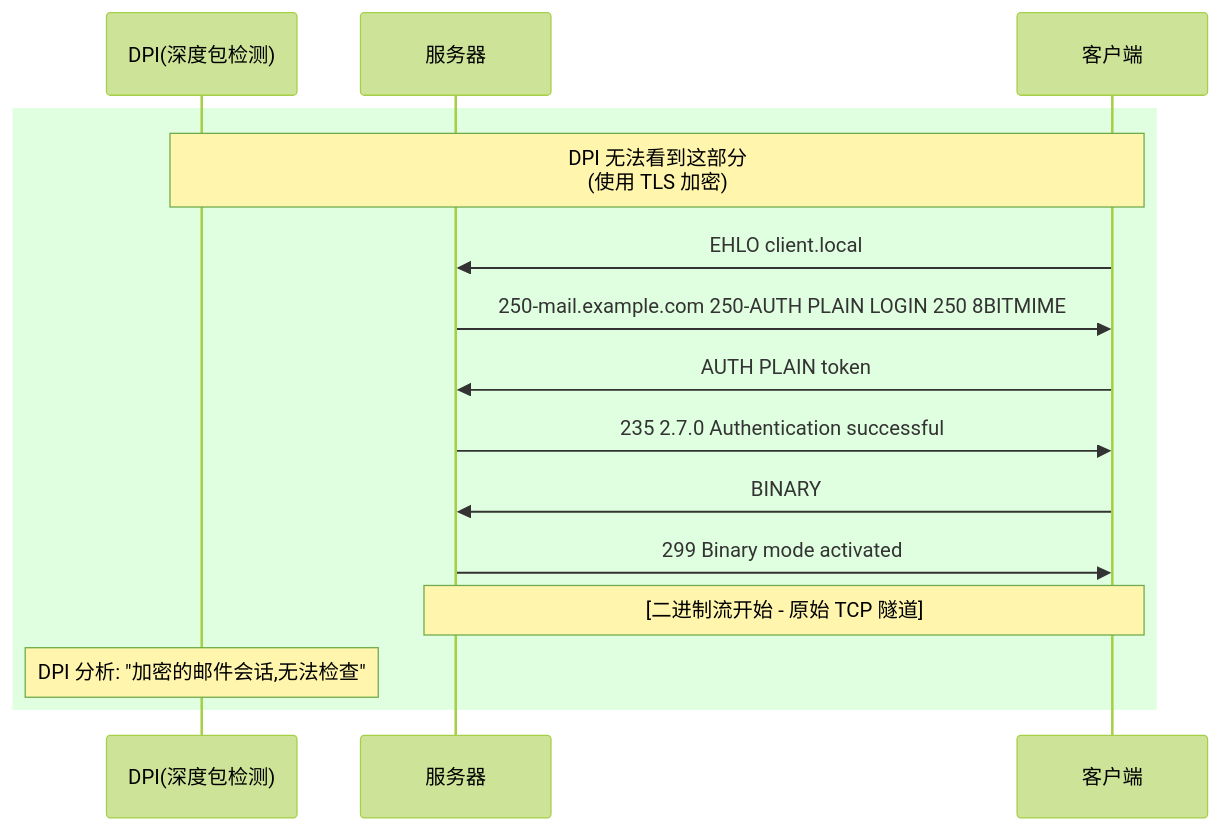
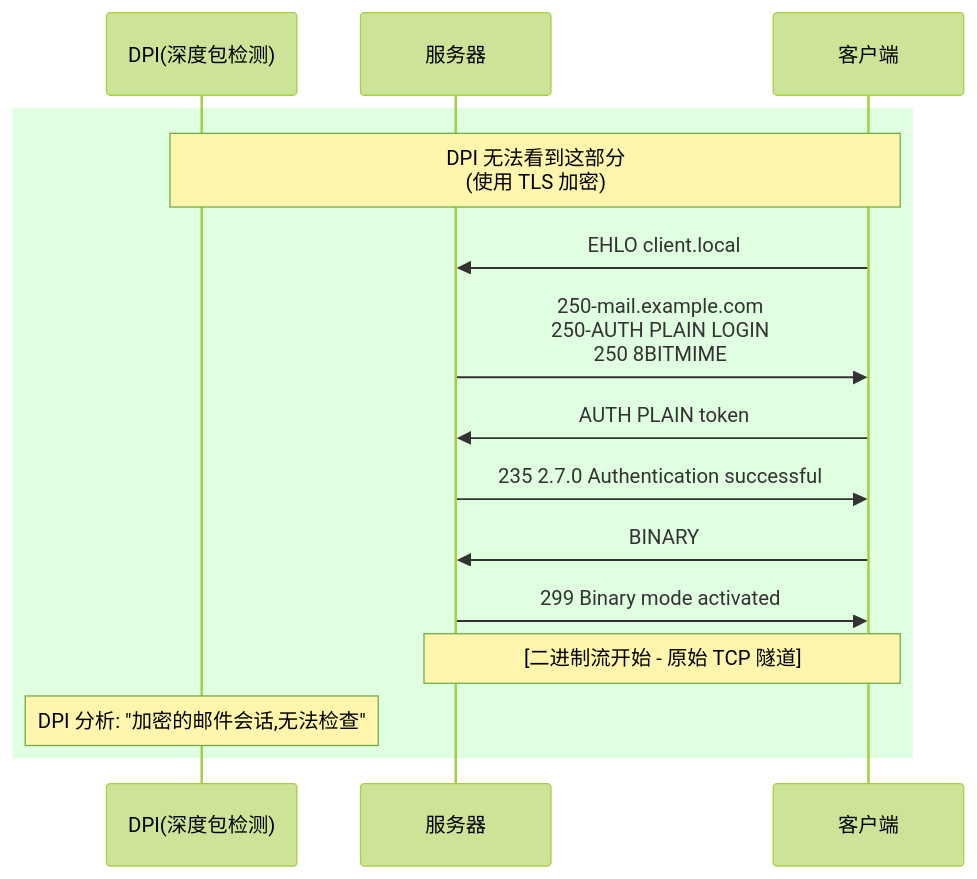
One commit to purpose168/smtp-tunnel-proxy changed the third of 12 diagrams in TECHNICAL.md. Above: the diagram before and after it, drawn with Mermaid (forest theme).

Commit message:
docs: 修复TECHNICAL.md中SMTP协议示例的格式问题
将SMTP响应中的多行命令用<br/>标签分隔，以提高文档可读性

````diff
--- a/TECHNICAL.md
+++ b/TECHNICAL.md
@@ -109,18 +109,18 @@
 ```mermaid
 sequenceDiagram
     participant DPI as DPI(深度包检测)
     participant Server as 服务器
     participant Client as 客户端
 
     rect rgb(224, 255, 224)
         Note over DPI,Client: DPI 无法看到这部分<br/>(使用 TLS 加密)
         Client->>Server: EHLO client.local
-        Server->>Client: 250-mail.example.com 250-AUTH PLAIN LOGIN 250 8BITMIME
+        Server->>Client: 250-mail.example.com <br/>250-AUTH PLAIN LOGIN <br/>250 8BITMIME
         Client->>Server: AUTH PLAIN token;
         Server->>Client: 235 2.7.0 Authentication successful
         Client->>Server: BINARY
         Server->>Client: 299 Binary mode activated
         Note over Client,Server: [二进制流开始 - 原始 TCP 隧道]
         Note over DPI: DPI 分析: "加密的邮件会话,无法检查"
     end
 ```
````
